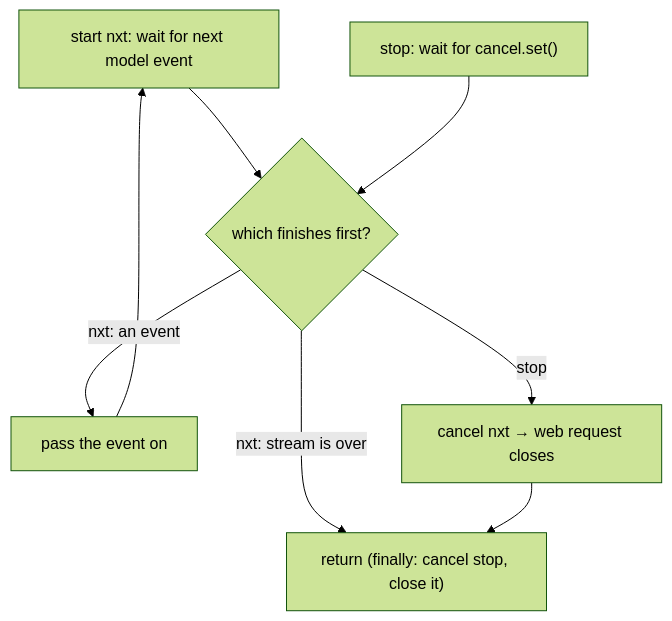
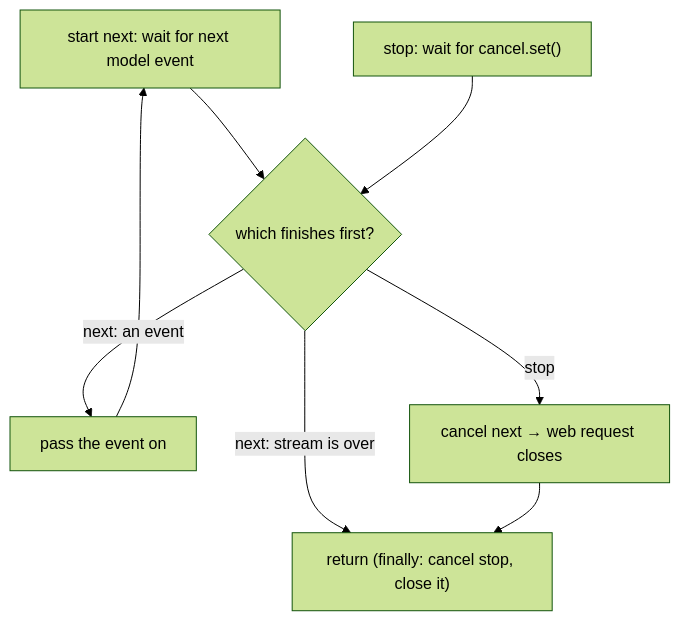
The third of 3 diagrams in docs/guidebook/06-events-abort.md (danhugo/simp-agent), drawn with Mermaid (forest theme) before and after one commit. The commit also changed other lines of this file, not shown here.

Commit message:
guidebook ch06: rename nxt -> next in race, explain it in plain words

````diff
--- a/docs/guidebook/06-events-abort.md
+++ b/docs/guidebook/06-events-abort.md
@@ -187,8 +187,8 @@
 ```mermaid
 flowchart TD
-    A["start nxt: wait for next model event"] --> W{"which finishes first?"}
+    A["start next: wait for next model event"] --> W{"which finishes first?"}
     S["stop: wait for cancel.set()"] --> W
-    W -- "nxt: an event" --> Y["pass the event on"] --> A
-    W -- "nxt: stream is over" --> E
-    W -- "stop" --> C["cancel nxt → web request closes"] --> E["return (finally: cancel stop, close it)"]
+    W -- "next: an event" --> Y["pass the event on"] --> A
+    W -- "next: stream is over" --> E
+    W -- "stop" --> C["cancel next → web request closes"] --> E["return (finally: cancel stop, close it)"]
 ```
````
